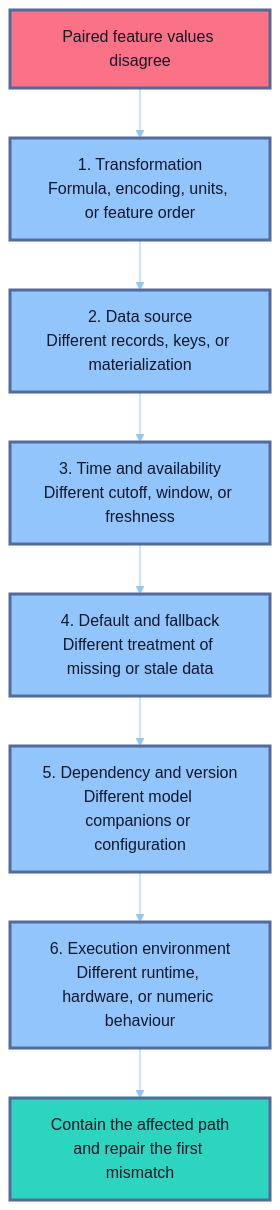
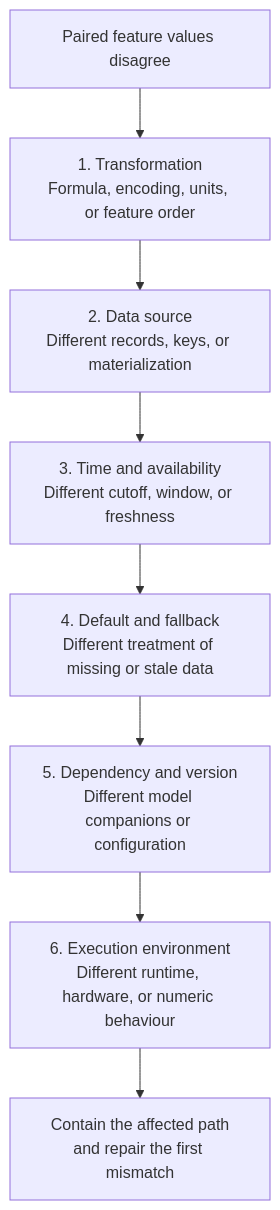
Before and after one commit to senlinyy/dev-roadmaps: the first of 3 diagrams in roadmaps/mlops/modules/data-for-ml-systems/feature-management/03-training-serving-skew.md, drawn with Mermaid. The commit also changed other lines of this file and 152 other files, not shown here.

Commit message:
feat: mlops and diagrams updated

````diff
--- a/roadmaps/mlops/modules/data-for-ml-systems/feature-management/03-training-serving-skew.md
+++ b/roadmaps/mlops/modules/data-for-ml-systems/feature-management/03-training-serving-skew.md
@@ -57,18 +57,15 @@
 ```mermaid
-%%{init: {"theme": "base", "themeVariables": {"background": "#111827", "primaryColor": "#2DD4BF", "primaryTextColor": "#0F172A", "primaryBorderColor": "#536A9A", "lineColor": "#93C5FD", "secondaryColor": "#FFE04F", "tertiaryColor": "#FB7185", "fontFamily": "Nunito, sans-serif"}}}%%
+
 flowchart TD
     A["Paired feature values disagree"] --> B["1. Transformation<br/>Formula, encoding, units, or feature order"]
     B --> C["2. Data source<br/>Different records, keys, or materialization"]
     C --> D["3. Time and availability<br/>Different cutoff, window, or freshness"]
     D --> E["4. Default and fallback<br/>Different treatment of missing or stale data"]
     E --> F["5. Dependency and version<br/>Different model companions or configuration"]
     F --> G["6. Execution environment<br/>Different runtime, hardware, or numeric behaviour"]
     G --> H["Contain the affected path<br/>and repair the first mismatch"]
 
-    classDef signal fill:#FB7185,stroke:#536A9A,stroke-width:3px,color:#111827
-    classDef layer fill:#93C5FD,stroke:#536A9A,stroke-width:3px,color:#0F172A
-    classDef action fill:#2DD4BF,stroke:#536A9A,stroke-width:3px,color:#0F172A
     class A signal
     class B,C,D,E,F,G layer
     class H action
 ```
````
